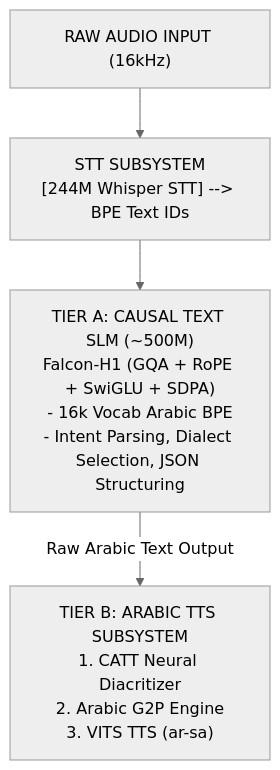
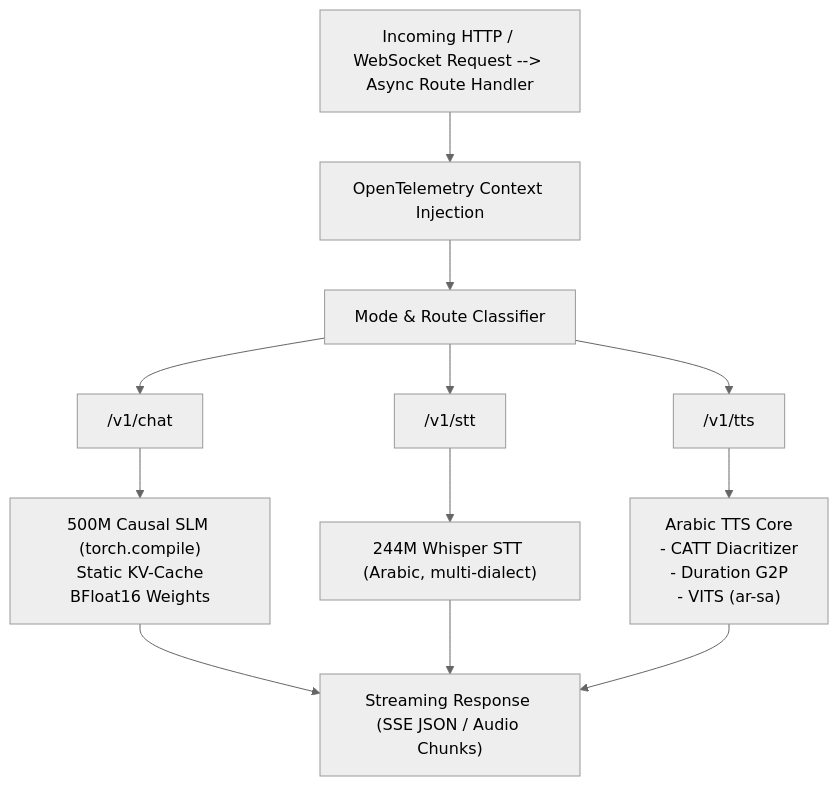
Before and after one commit to aymanaboghonim/bayan-slm-engine: the second of 2 diagrams in README.md, drawn with Mermaid (neutral theme). The commit also changed other lines of this file, not shown here.

Commit message:
fix(readme): full-system architecture diagram
- replace data-flow mermaid with the complete serving architecture (verbatim from BLUEPRINT.md §1)
- HTTP/WebSocket -> OTel -> route classifier -> /v1/chat|/v1/stt|/v1/tts -> SSE streaming
- one-line data-flow note retained (no redundancy)
- verified: pre-commit 14/14, 0 hype

````diff
--- a/README.md
+++ b/README.md
@@ -17,6 +19,14 @@
 ```mermaid
 flowchart TD
-    A["RAW AUDIO INPUT (16kHz)"] --> STT["STT SUBSYSTEM<br/>[244M Whisper STT] --> BPE Text IDs"]
-    STT --> TIERA["TIER A: CAUSAL TEXT SLM (~500M)<br/>Falcon-H1 (GQA + RoPE + SwiGLU + SDPA)<br/>- 16k Vocab Arabic BPE<br/>- Intent Parsing, Dialect Selection, JSON Structuring"]
-    TIERA -->|"Raw Arabic Text Output"| TIERB["TIER B: ARABIC TTS SUBSYSTEM<br/>1. CATT Neural Diacritizer<br/>2. Arabic G2P Engine<br/>3. VITS TTS (ar-sa)"]
+    A["Incoming HTTP / WebSocket Request --> Async Route Handler"] --> B["OpenTelemetry Context Injection"]
+    B --> C["Mode & Route Classifier"]
+    C --> D["/v1/chat"]
+    C --> E["/v1/stt"]
+    C --> F["/v1/tts"]
+    D --> D1["500M Causal SLM (torch.compile)<br/>Static KV-Cache<br/>BFloat16 Weights"]
+    E --> E1["244M Whisper STT (Arabic, multi-dialect)"]
+    F --> F1["Arabic TTS Core<br/>- CATT Diacritizer<br/>- Duration G2P<br/>- VITS (ar-sa)"]
+    D1 --> G["Streaming Response (SSE JSON / Audio Chunks)"]
+    E1 --> G
+    F1 --> G
 ```
````
